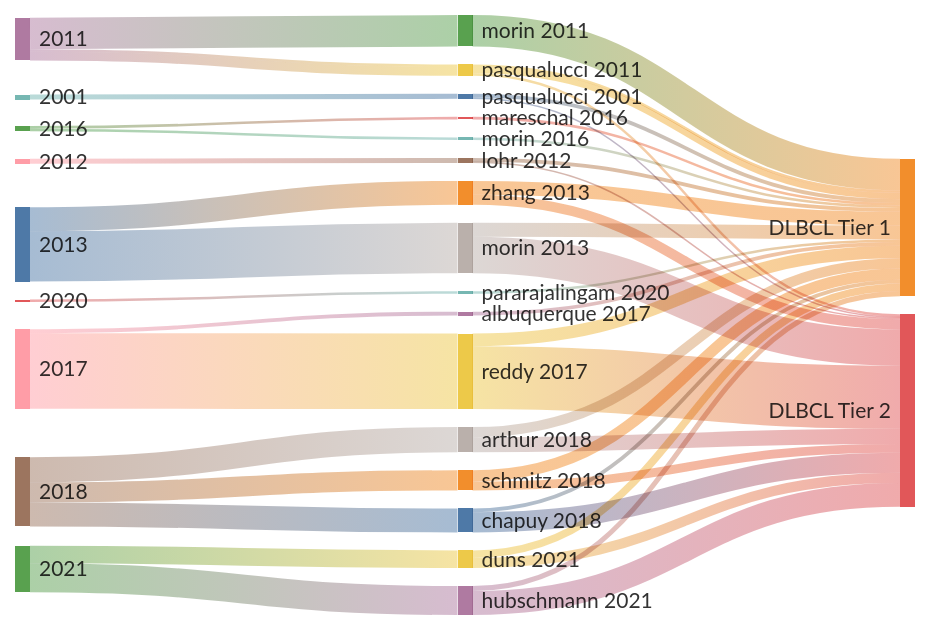
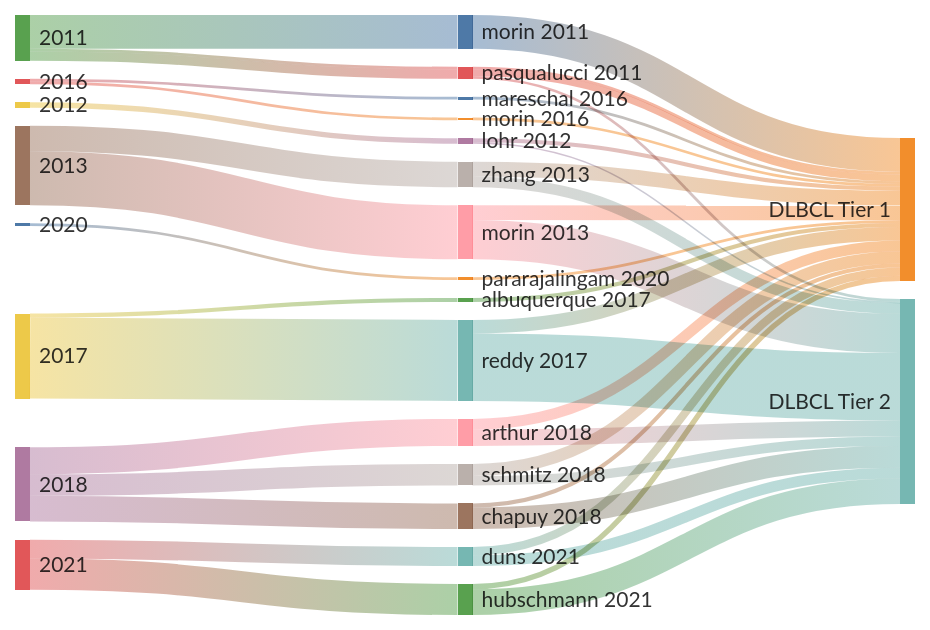
One commit to morinlab/lymphopedia changed the diagram in test_sankey.md. Above: the diagram before and after it, drawn with Mermaid.

Commit message:
Updated test_sankey (markdown)

````diff
--- a/test_sankey.md
+++ b/test_sankey.md
@@ -3,66 +3,62 @@
 ```mermaid
 ---
 config:
   sankey:
     showValues: false
 ---
 sankey-beta
-
-pasqualucci 2001, DLBCL Tier 1, 3
-pasqualucci 2001, DLBCL Tier 2, 1
-2001, pasqualucci 2001, 4
 
 morin 2011, DLBCL Tier 1, 25
 pasqualucci 2011, DLBCL Tier 1, 2
 pasqualucci 2011, DLBCL Tier 1, 5
 pasqualucci 2011, DLBCL Tier 2, 2
 
 2011, morin 2011, 25
 2011, pasqualucci 2011, 2
 2011, pasqualucci 2011, 7
 
 2012, lohr 2012, 4
 lohr 2012, DLBCL Tier 1, 3
 lohr 2012, DLBCL Tier 2, 1
 
 morin 2013, DLBCL Tier 1, 11
 morin 2013, DLBCL Tier 2, 29
 2013, morin 2013, 40
 2013, zhang 2013, 19
 zhang 2013, DLBCL Tier 1, 11
 zhang 2013, DLBCL Tier 2, 8
 
 
 mareschal 2016, DLBCL Tier 1, 2
 morin 2016, DLBCL Tier 1, 2
 2016, mareschal 2016, 2
 2016, morin 2016, 2
 
 reddy 2017, DLBCL Tier 1, 10
 reddy 2017, DLBCL Tier 2, 50
 albuquerque 2017, DLBCL Tier 1, 3
 2017, albuquerque 2017, 3
 2017, reddy 2017, 60
 
 2018, arthur 2018, 20
 2018, chapuy 2018, 19
 2018, schmitz 2018, 16
 schmitz 2018, DLBCL Tier 1, 9
 schmitz 2018, DLBCL Tier 2, 7
 arthur 2018, DLBCL Tier 1, 8
 arthur 2018, DLBCL Tier 2, 12
 chapuy 2018, DLBCL Tier 1, 3
 chapuy 2018, DLBCL Tier 2, 16
 2020, pararajalingam 2020, 2
 pararajalingam 2020, DLBCL Tier 1, 2
 
 2021, duns 2021, 14
 2021, hubschmann 2021, 23
 duns 2021, DLBCL Tier 1, 6
 duns 2021, DLBCL Tier 2, 8
 hubschmann 2021, DLBCL Tier 1, 4
 hubschmann 2021, DLBCL Tier 2, 19
 
 
 
 ```
````
